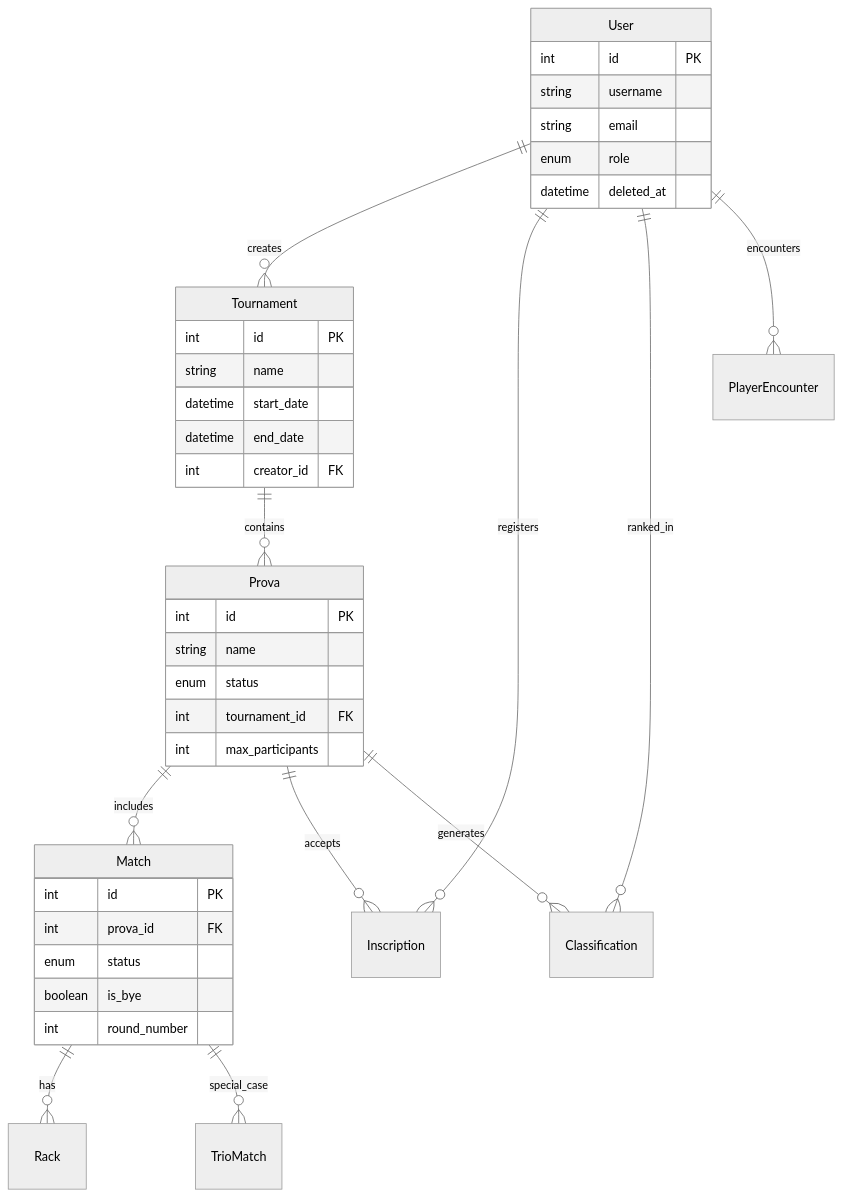
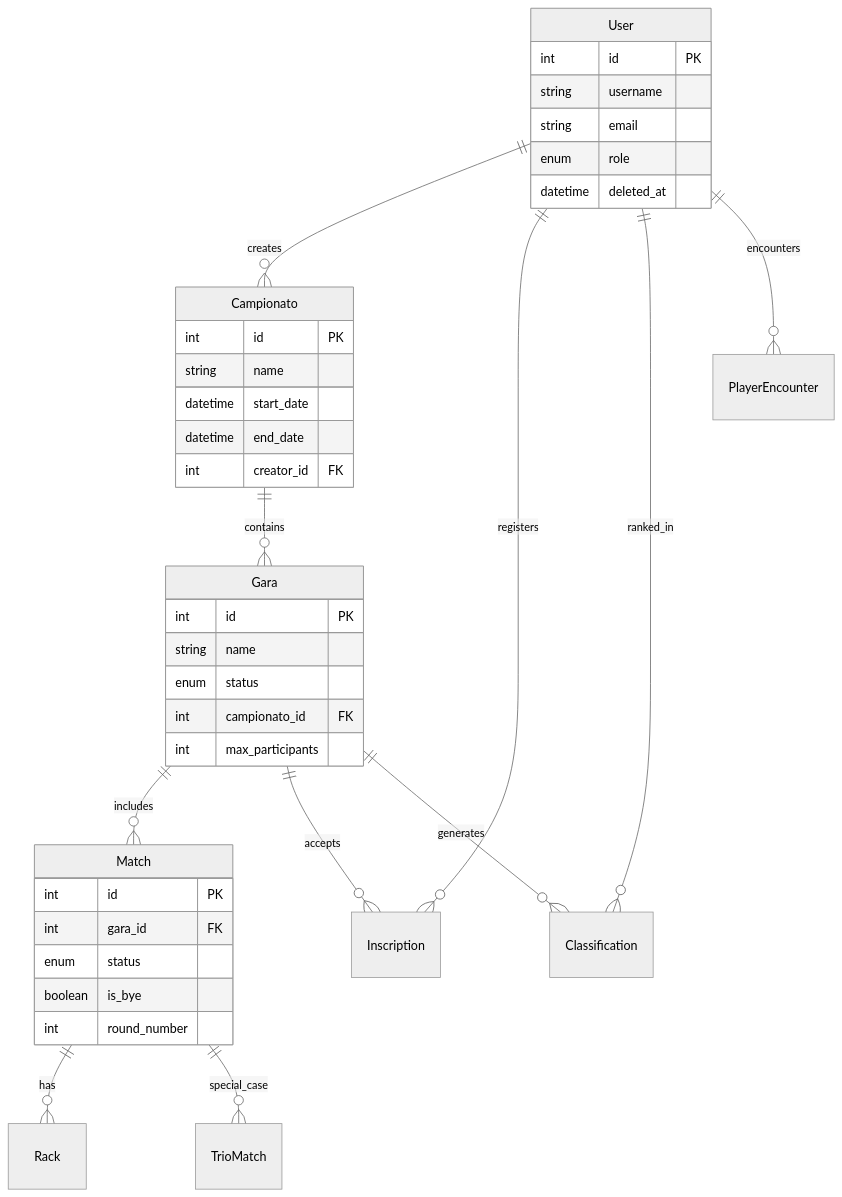
Before and after one commit to coppolapaolo/tornei-biliardo: the fourth of 6 diagrams in .qoder/quests/code-refactoring.md, drawn with Mermaid (neutral theme). The commit also changed other lines of this file and 277 other files, not shown here.

First line of the commit message:
refactor: rename Prova->Gara and Tournament/Torneo->Campionato

````diff
--- a/.qoder/quests/code-refactoring.md
+++ b/.qoder/quests/code-refactoring.md
@@ -228,45 +228,45 @@
 ```mermaid
 erDiagram
-    User ||--o{ Tournament : "creates"
-    Tournament ||--o{ Prova : "contains"
-    Prova ||--o{ Match : "includes"
+    User ||--o{ Campionato : "creates"
+    Campionato ||--o{ Gara : "contains"
+    Gara ||--o{ Match : "includes"
     Match ||--o{ Rack : "has"
     User ||--o{ Inscription : "registers"
-    Prova ||--o{ Inscription : "accepts"
+    Gara ||--o{ Inscription : "accepts"
     User ||--o{ Classification : "ranked_in"
-    Prova ||--o{ Classification : "generates"
+    Gara ||--o{ Classification : "generates"
     User ||--o{ PlayerEncounter : "encounters"
     Match ||--o{ TrioMatch : "special_case"
     
     User {
         int id PK
         string username
         string email
         enum role
         datetime deleted_at
     }
     
-    Tournament {
+    Campionato {
         int id PK
         string name
         datetime start_date
         datetime end_date
         int creator_id FK
     }
     
-    Prova {
+    Gara {
         int id PK
         string name
         enum status
-        int tournament_id FK
+        int campionato_id FK
         int max_participants
     }
     
     Match {
         int id PK
-        int prova_id FK
+        int gara_id FK
         enum status
         boolean is_bye
         int round_number
     }
 ```
````
